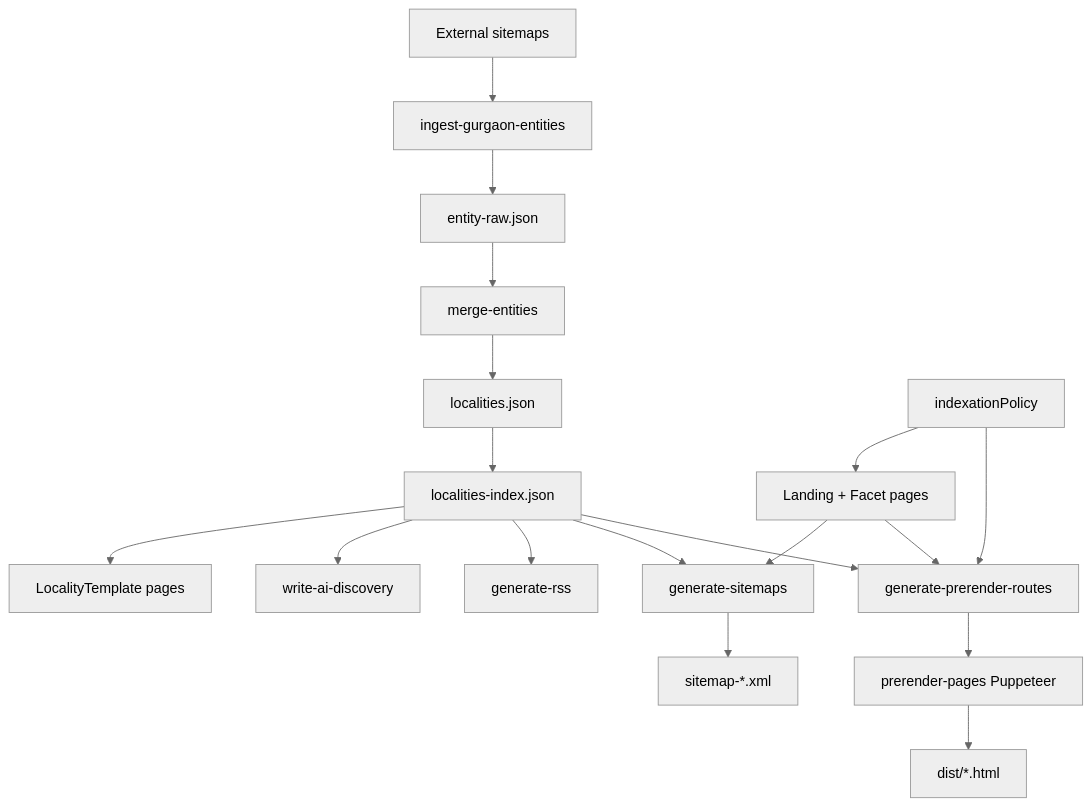
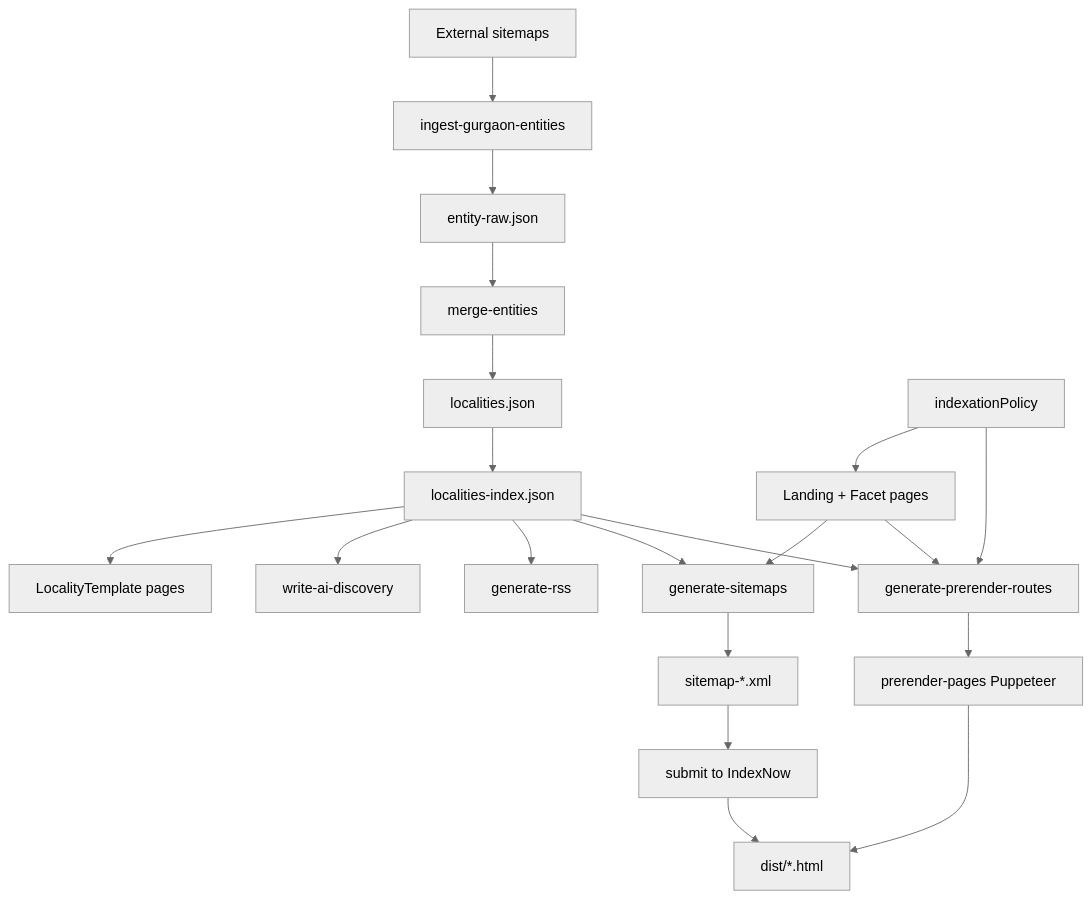
One commit to 360ghar/360ghar-web-ui changed the diagram in .wiki/features/SEO-Programmatic.md. Above: the diagram before and after it, drawn with Mermaid (neutral theme). The commit also changed other lines of this file and 8 other files, not shown here.

Commit message:
feat: add IndexNow submission pipeline and update build/docs

````diff
--- a/.wiki/features/SEO-Programmatic.md
+++ b/.wiki/features/SEO-Programmatic.md
@@ -151,20 +174,22 @@
 ```mermaid
 flowchart TD
     Ext[External sitemaps] --> Ingest[ingest-gurgaon-entities]
     Ingest --> Raw[entity-raw.json]
     Raw --> Merge[merge-entities]
     Merge --> LJ[localities.json]
     LJ --> LIdx[localities-index.json]
     LIdx --> LocTmpl[LocalityTemplate pages]
     LIdx --> AI[write-ai-discovery]
     LIdx --> RSS[generate-rss]
     Pol[indexationPolicy] --> Land[Landing + Facet pages]
     Land --> SM[generate-sitemaps]
     LIdx --> SM
     SM --> Sitemaps[sitemap-*.xml]
+    Sitemaps --> IDX[submit to IndexNow]
+    IDX --> Dist[dist/*.html]
     Pol --> PR[generate-prerender-routes]
     Land --> PR
     LIdx --> PR
     PR --> PP[prerender-pages Puppeteer]
-    PP --> Dist[dist/*.html]
+    PP --> Dist
 ```
````
